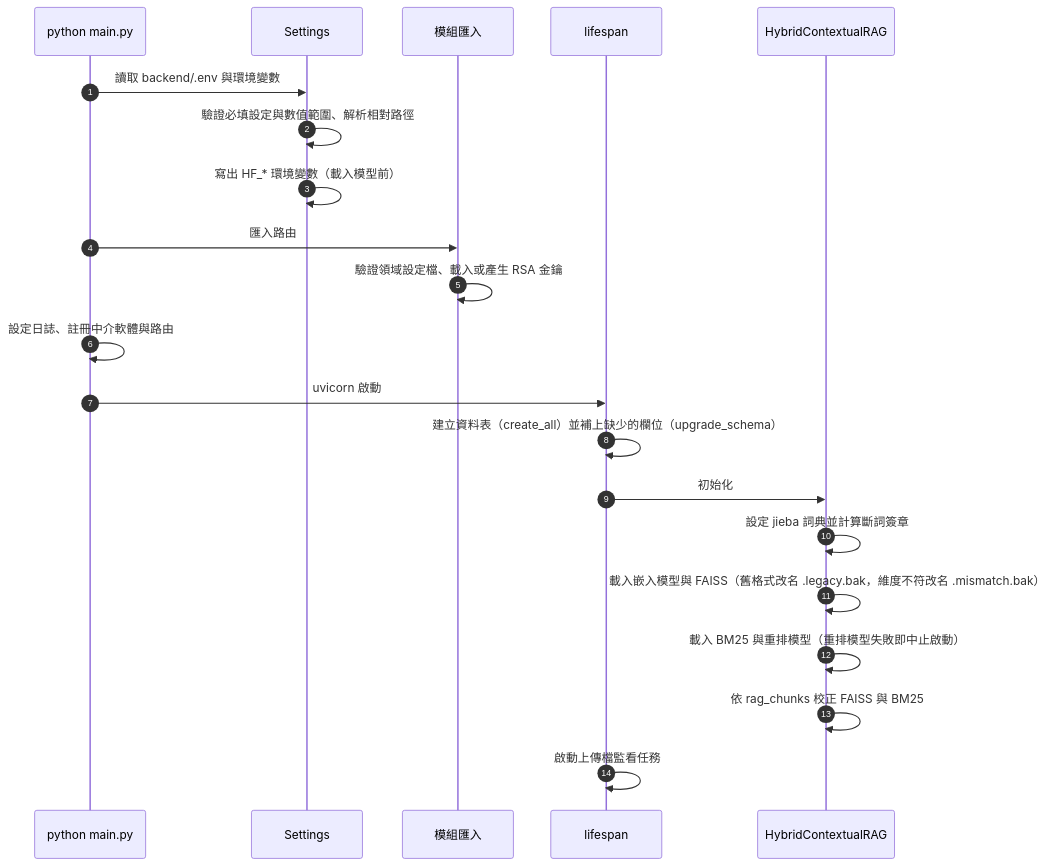
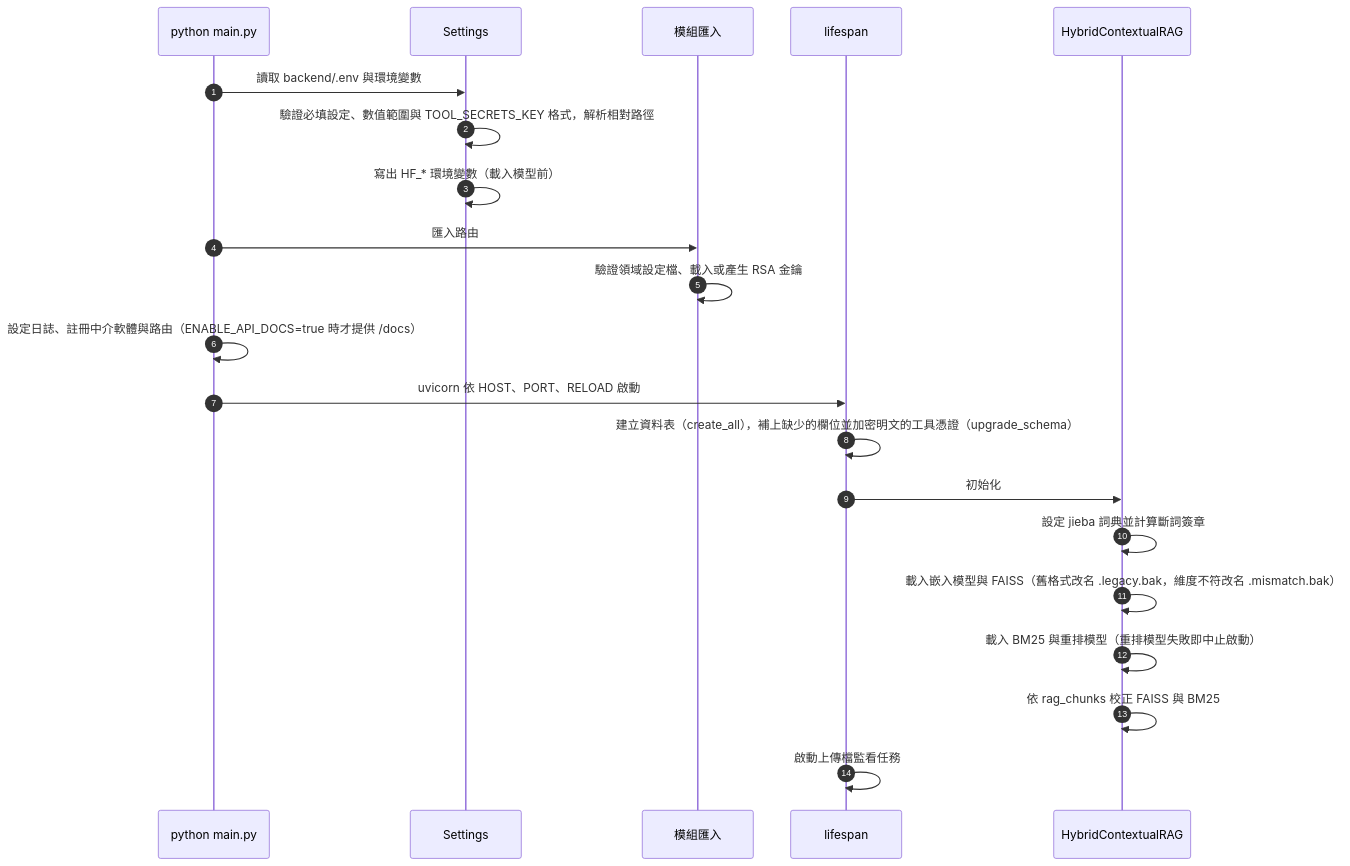
One commit to Scorpio-meow/AskMiao changed the second of 9 diagrams in docs/architecture.md. Above: the diagram before and after it, drawn with Mermaid. The commit also changed other lines of this file and 11 other files, not shown here.

````diff
--- a/docs/architecture.md
+++ b/docs/architecture.md
@@ -102,24 +102,24 @@
 ```mermaid
 sequenceDiagram
     autonumber
     participant Main as python main.py
     participant Cfg as Settings
     participant Imp as 模組匯入
     participant Life as lifespan
     participant RAG as HybridContextualRAG
 
     Main->>Cfg: 讀取 backend/.env 與環境變數
-    Cfg->>Cfg: 驗證必填設定與數值範圍、解析相對路徑
+    Cfg->>Cfg: 驗證必填設定、數值範圍與 TOOL_SECRETS_KEY 格式，解析相對路徑
     Cfg->>Cfg: 寫出 HF_* 環境變數（載入模型前）
     Main->>Imp: 匯入路由
     Imp->>Imp: 驗證領域設定檔、載入或產生 RSA 金鑰
-    Main->>Main: 設定日誌、註冊中介軟體與路由
-    Main->>Life: uvicorn 啟動
-    Life->>Life: 建立資料表（create_all）並補上缺少的欄位（upgrade_schema）
+    Main->>Main: 設定日誌、註冊中介軟體與路由（ENABLE_API_DOCS=true 時才提供 /docs）
+    Main->>Life: uvicorn 依 HOST、PORT、RELOAD 啟動
+    Life->>Life: 建立資料表（create_all），補上缺少的欄位並加密明文的工具憑證（upgrade_schema）
     Life->>RAG: 初始化
     RAG->>RAG: 設定 jieba 詞典並計算斷詞簽章
     RAG->>RAG: 載入嵌入模型與 FAISS（舊格式改名 .legacy.bak，維度不符改名 .mismatch.bak）
     RAG->>RAG: 載入 BM25 與重排模型（重排模型失敗即中止啟動）
     RAG->>RAG: 依 rag_chunks 校正 FAISS 與 BM25
     Life->>Life: 啟動上傳檔監看任務
 ```
````
